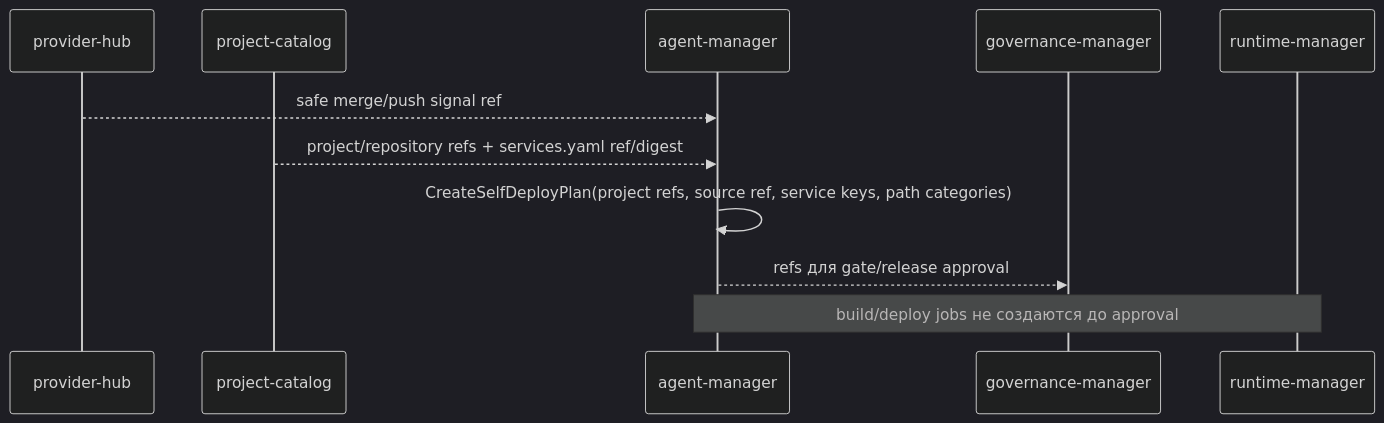
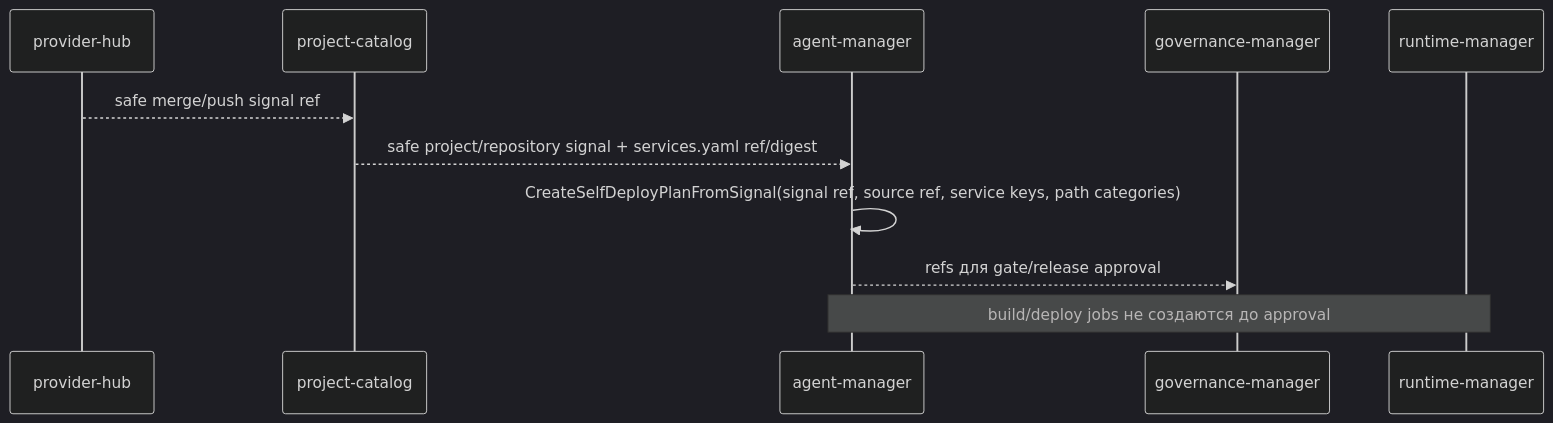
One commit to codex-k8s/kodex changed the third of 4 diagrams in docs/domains/agent-orchestration/architecture/design.md. Above: the diagram before and after it, drawn with Mermaid (dark theme). The commit also changed other lines of this file and 18 other files, not shown here.

Commit message:
Add self deploy plan signal entrypoint

````diff
--- a/docs/domains/agent-orchestration/architecture/design.md
+++ b/docs/domains/agent-orchestration/architecture/design.md
@@ -135,13 +135,13 @@
 ```mermaid
 sequenceDiagram
   participant Provider as provider-hub
   participant PC as project-catalog
   participant AM as agent-manager
   participant GOV as governance-manager
   participant R as runtime-manager
-  Provider-->>AM: safe merge/push signal ref
-  PC-->>AM: project/repository refs + services.yaml ref/digest
-  AM->>AM: CreateSelfDeployPlan(project refs, source ref, service keys, path categories)
+  Provider-->>PC: safe merge/push signal ref
+  PC-->>AM: safe project/repository signal + services.yaml ref/digest
+  AM->>AM: CreateSelfDeployPlanFromSignal(signal ref, source ref, service keys, path categories)
   AM-->>GOV: refs для gate/release approval
   Note over AM,R: build/deploy jobs не создаются до approval
 ```
````
